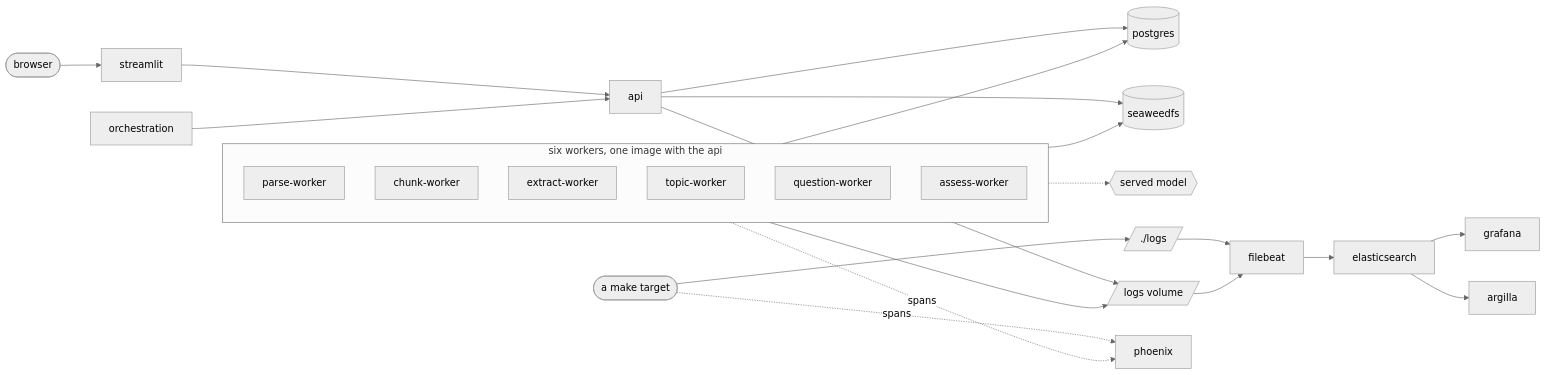
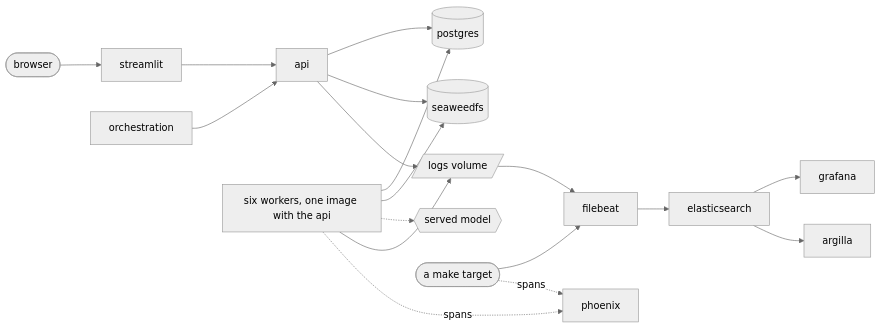
One commit to hazemkhaled-94/faq_generator changed the fourth of 4 diagrams in docs/architecture.md. Above: the diagram before and after it, drawn with Mermaid (neutral theme). The commit also changed other lines of this file and 1 other file, not shown here.

Commit message:
The architecture page and the design spec are rewritten in shorter, plain prose with the same layers, contracts, settings and tokens

````diff
--- a/docs/architecture.md
+++ b/docs/architecture.md
@@ -168,29 +138,21 @@
 ```mermaid
 flowchart LR
     browser([browser]) --> streamlit
     streamlit --> api
     orchestration --> api
     api --> pg[(postgres)]
     api --> s3[(seaweedfs)]
 
-    subgraph workers [six workers, one image with the api]
-        parse-worker
-        chunk-worker
-        extract-worker
-        topic-worker
-        question-worker
-        assess-worker
-    end
+    workers[six workers, one image with the api]
     workers --> pg
     workers --> s3
     workers -.-> model{{served model}}
 
     workers --> logs[/logs volume/]
     api --> logs
-    host([a make target]) --> hostlogs[/./logs/]
-    hostlogs --> filebeat
+    host([a make target]) --> filebeat
     logs --> filebeat --> elasticsearch --> grafana
     host -.spans.-> phoenix
     workers -.spans.-> phoenix
     elasticsearch --> argilla
 ```
````
